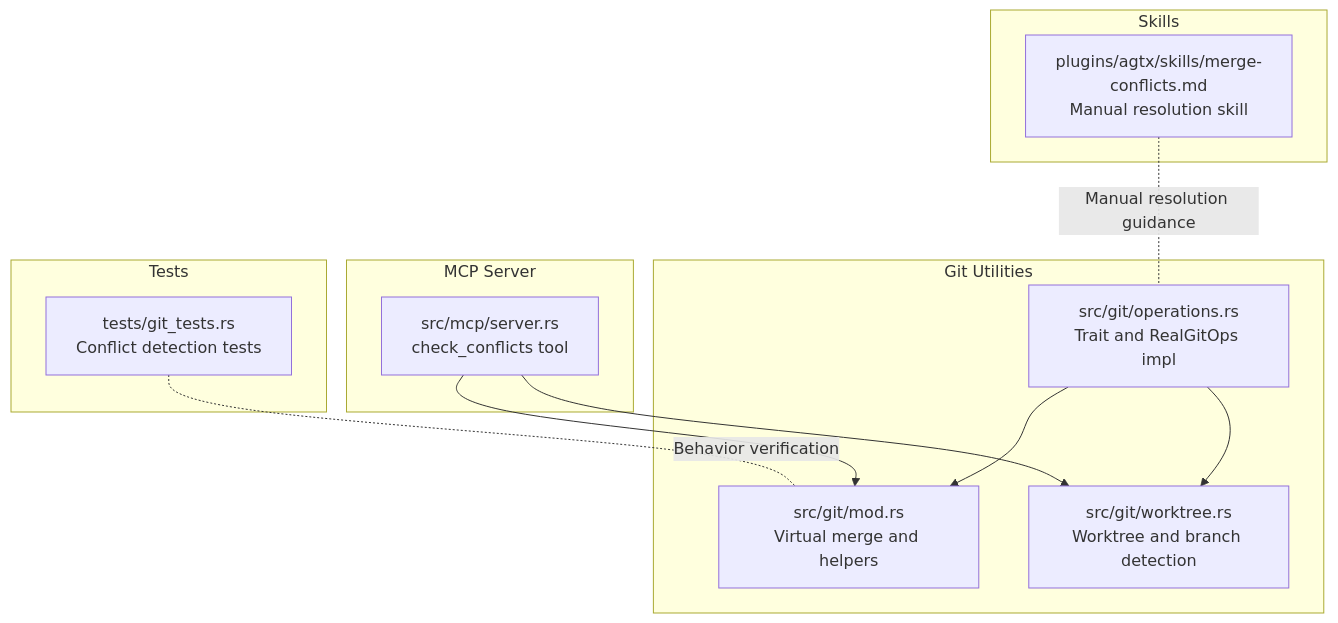
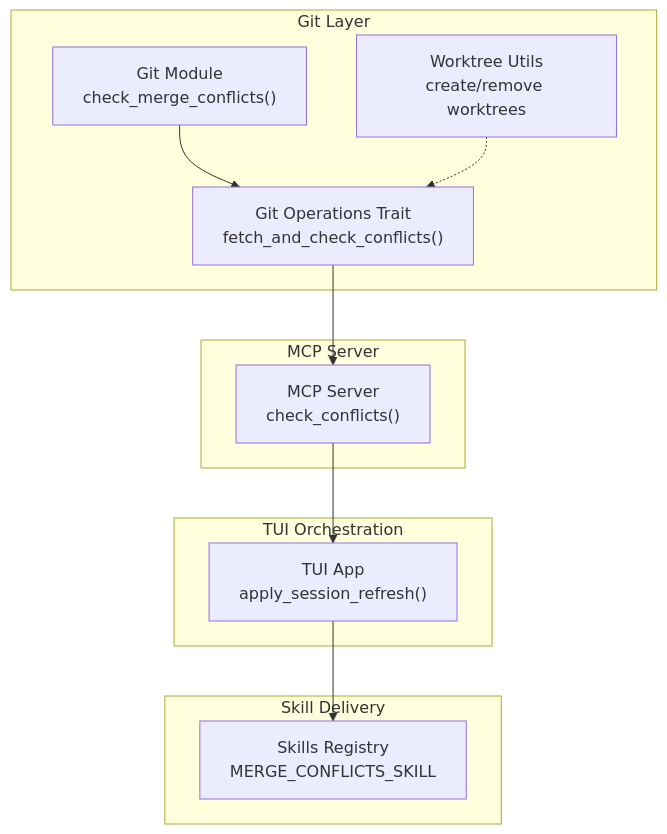
One commit to bramburn/agtx changed the first of 8 diagrams in .qoder/repowiki/en/content/Git Integration/Conflict Resolution.md. Above: the diagram before and after it, drawn with Mermaid. The commit also changed other lines of this file and 140 other files, not shown here.

````diff
--- a/.qoder/repowiki/en/content/Git Integration/Conflict Resolution.md
+++ b/.qoder/repowiki/en/content/Git Integration/Conflict Resolution.md
@@ -35,23 +37,22 @@
 ```mermaid
 graph TB
-subgraph "Git Utilities"
-GM["src/git/mod.rs<br/>Virtual merge and helpers"]
-GO["src/git/operations.rs<br/>Trait and RealGitOps impl"]
-GW["src/git/worktree.rs<br/>Worktree and branch detection"]
+subgraph "Git Layer"
+GM["Git Module<br/>check_merge_conflicts()"]
+GO["Git Operations Trait<br/>fetch_and_check_conflicts()"]
+WT["Worktree Utils<br/>create/remove worktrees"]
 end
 subgraph "MCP Server"
-MS["src/mcp/server.rs<br/>check_conflicts tool"]
+MCPS["MCP Server<br/>check_conflicts()"]
 end
-subgraph "Skills"
-MC["plugins/agtx/skills/merge-conflicts.md<br/>Manual resolution skill"]
+subgraph "TUI Orchestration"
+APP["TUI App<br/>apply_session_refresh()"]
 end
-subgraph "Tests"
-GT["tests/git_tests.rs<br/>Conflict detection tests"]
+subgraph "Skill Delivery"
+SK["Skills Registry<br/>MERGE_CONFLICTS_SKILL"]
 end
-MS --> GM
-MS --> GW
-GO --> GM
-GO --> GW
-MC -. "Manual resolution guidance" .- GO
-GT -. "Behavior verification" .- GM
+GM --> GO
+GO --> MCPS
+MCPS --> APP
+APP --> SK
+WT -.-> GO
 ```
````
